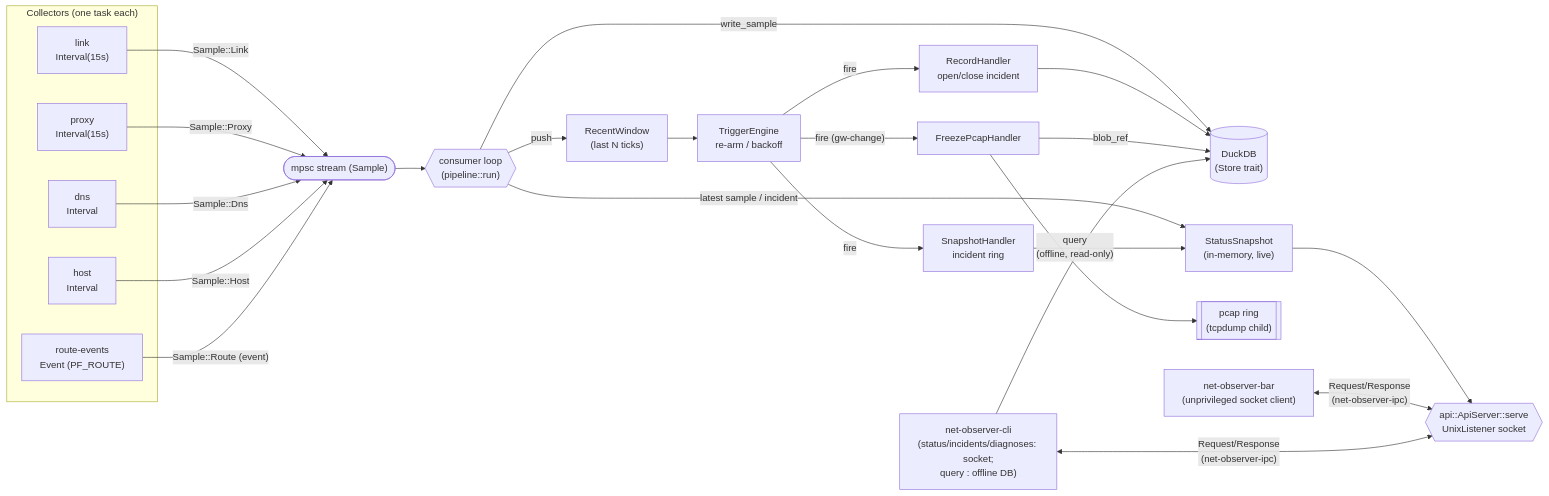
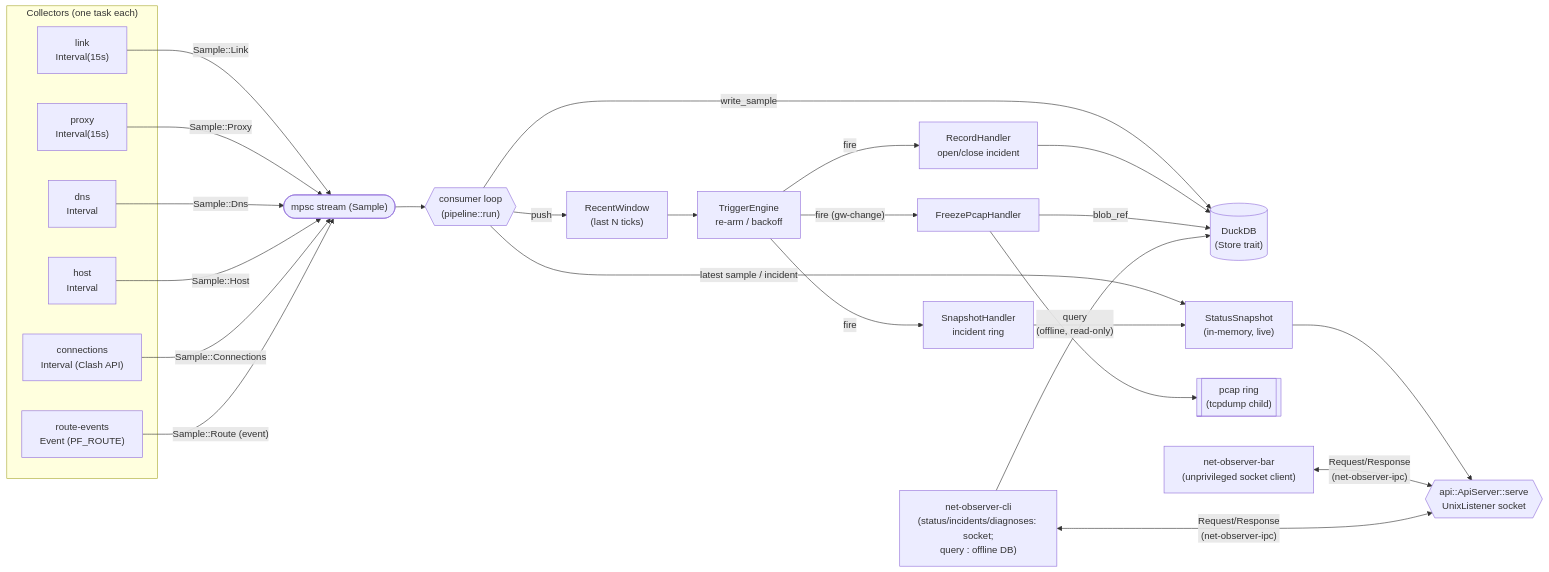
Before and after one commit to gurinderu/net-observer: the first of 4 diagrams in ARCHITECTURE.md, drawn with Mermaid. The commit also changed other lines of this file and 1 other file, not shown here.

First line of the commit message:
docs: connections in ARCHITECTURE.md

````diff
--- a/ARCHITECTURE.md
+++ b/ARCHITECTURE.md
@@ -37,36 +37,38 @@
 ```mermaid
 flowchart LR
     subgraph collectors["Collectors (one task each)"]
         link["link\nInterval(15s)"]
         proxy["proxy\nInterval(15s)"]
         dns["dns\nInterval"]
         host["host\nInterval"]
+        conns["connections\nInterval (Clash API)"]
         evt["route-events\nEvent (PF_ROUTE)"]
     end
 
     link -- "Sample::Link" --> stream
     proxy -- "Sample::Proxy" --> stream
     dns -- "Sample::Dns" --> stream
     host -- "Sample::Host" --> stream
+    conns -- "Sample::Connections" --> stream
     evt -- "Sample::Route (event)" --> stream
 
     stream(["mpsc stream (Sample)"]) --> consumer{{"consumer loop\n(pipeline::run)"}}
 
     consumer -->|write_sample| store[("DuckDB\n(Store trait)")]
     consumer -->|"latest sample / incident"| snap["StatusSnapshot\n(in-memory, live)"]
     consumer -->|push| window["RecentWindow\n(last N ticks)"]
     window --> engine["TriggerEngine\nre-arm / backoff"]
 
     engine -->|fire| record["RecordHandler\nopen/close incident"]
     engine -->|fire| snaph["SnapshotHandler\nincident ring"]
     engine -->|"fire (gw-change)"| freeze["FreezePcapHandler"]
     record --> store
     snaph --> snap
     freeze --> ring[["pcap ring\n(tcpdump child)"]]
     freeze -->|blob_ref| store
 
     snap --> apisrv{{"api::ApiServer::serve\nUnixListener socket"}}
     bar["net-observer-bar\n(unprivileged socket client)"] <-->|"Request/Response\n(net-observer-ipc)"| apisrv
     cli["net-observer-cli\n(status/incidents/diagnoses: socket;\nquery <SQL>: offline DB)"] <-->|"Request/Response\n(net-observer-ipc)"| apisrv
     cli -->|"query <SQL>\n(offline, read-only)"| store
 ```
````
